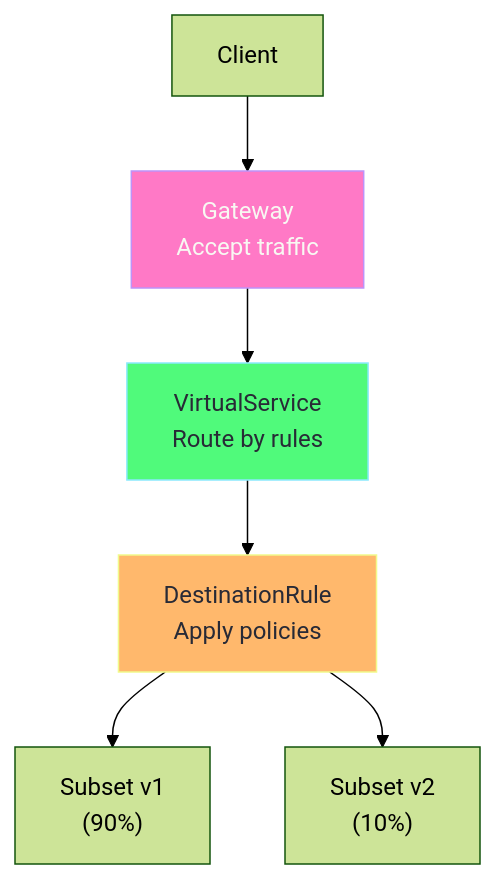
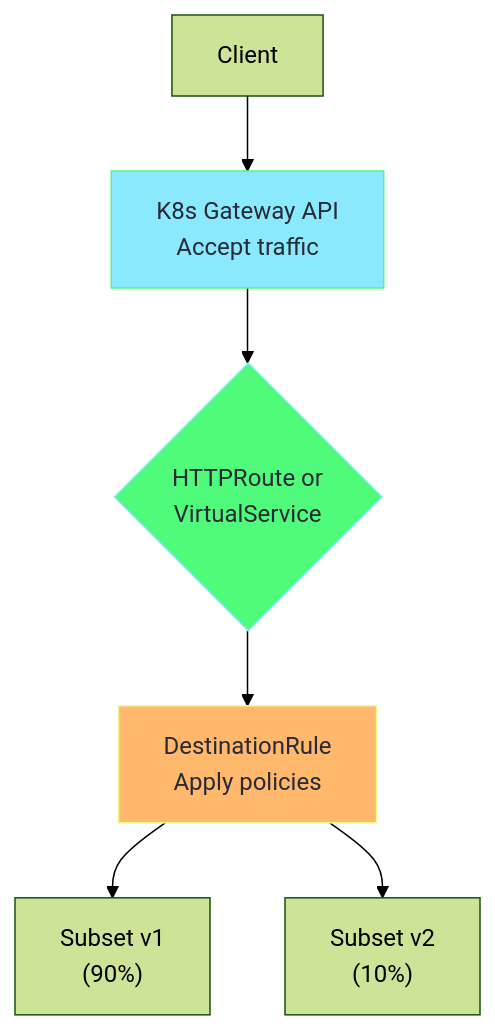
One commit to selvakumarperumal/k8s_minikube_learn changed the sixth of 7 diagrams in networking_mastering/06-service-mesh.md. Above: the diagram before and after it, drawn with Mermaid (forest theme). The commit also changed other lines of this file and 1 other file, not shown here.

First line of the commit message:
Update service mesh and Istio examples to use Kubernetes Gateway API

````diff
--- a/networking_mastering/06-service-mesh.md
+++ b/networking_mastering/06-service-mesh.md
@@ -393,12 +452,12 @@
 ```mermaid
 flowchart TB
-    Client["Client"] --> Gateway["Gateway<br/>Accept traffic"]
-    Gateway --> VS["VirtualService<br/>Route by rules"]
-    VS --> DR["DestinationRule<br/>Apply policies"]
+    Client["Client"] --> Gateway["K8s Gateway API<br/>Accept traffic"]
+    Gateway --> Route{"HTTPRoute or<br/>VirtualService"}
+    Route --> DR["DestinationRule<br/>Apply policies"]
     DR --> Subset1["Subset v1<br/>(90%)"]
     DR --> Subset2["Subset v2<br/>(10%)"]
     
-    style Gateway fill:#ff79c6,stroke:#bd93f9,color:#f8f8f2
-    style VS fill:#50fa7b,stroke:#8be9fd,color:#282a36
+    style Gateway fill:#8be9fd,stroke:#50fa7b,color:#282a36
+    style Route fill:#50fa7b,stroke:#8be9fd,color:#282a36
     style DR fill:#ffb86c,stroke:#f1fa8c,color:#282a36
 ```
````
